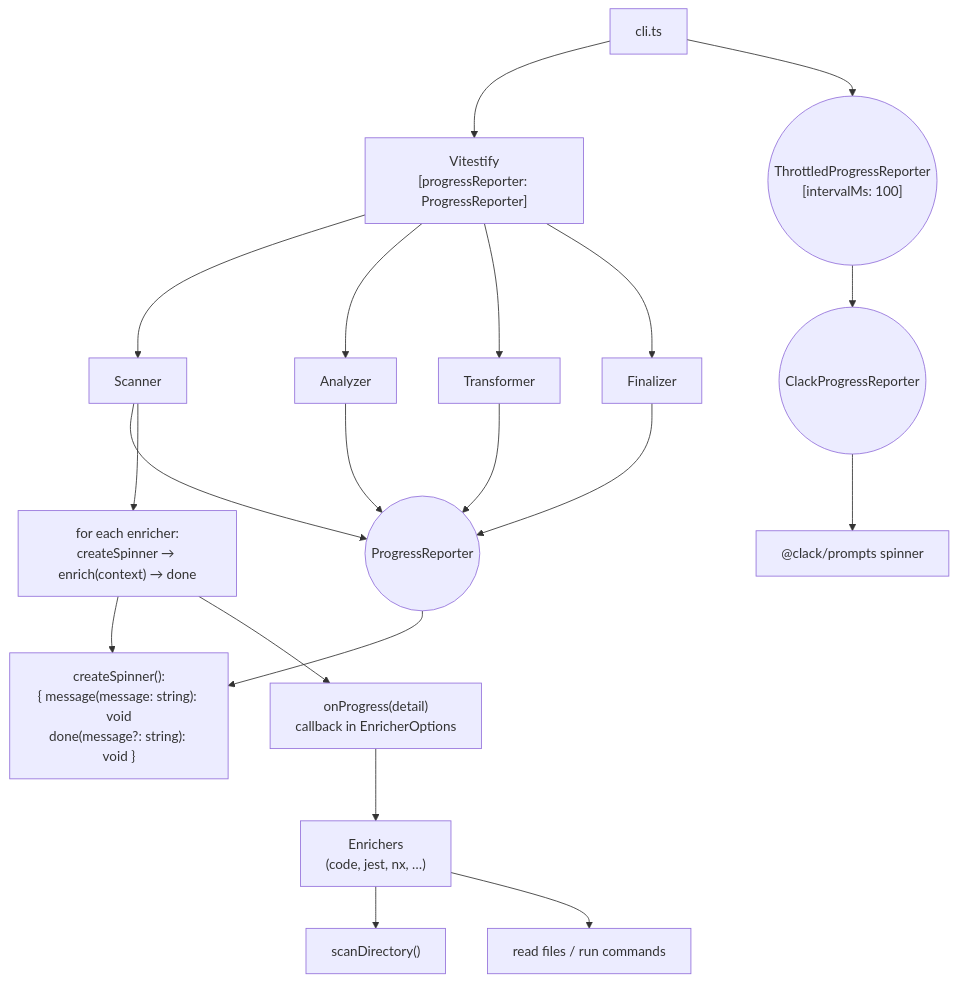
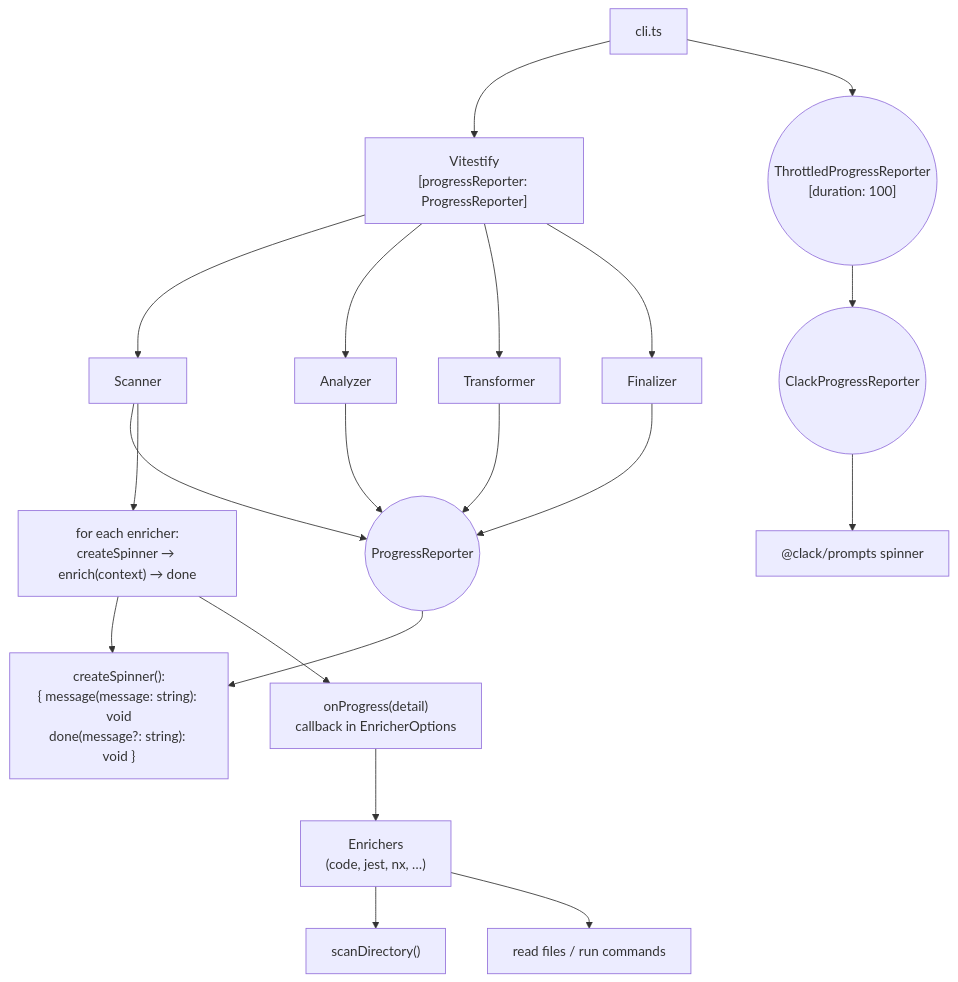
The first of 2 diagrams in design-docs/002-cli-progress-reporting.md (testmex/testmex), drawn with Mermaid before and after one commit. The commit also changed other lines of this file and 3 other files, not shown here.

````diff
--- a/design-docs/002-cli-progress-reporting.md
+++ b/design-docs/002-cli-progress-reporting.md
@@ -113,26 +113,26 @@
 ```mermaid
 flowchart TD
   cli["cli.ts"] --> vitestify["Vitestify<br>[progressReporter: ProgressReporter]"]
   vitestify --> scanner["Scanner"]
   vitestify --> analyzer["Analyzer"]
   vitestify --> transformer["Transformer"]
   vitestify --> finalizer["Finalizer"]
 
-  cli --> throttledReporter(("ThrottledProgressReporter<br>[intervalMs: 100]"))
+  cli --> throttledReporter(("ThrottledProgressReporter<br>[duration: 100]"))
   throttledReporter --> clackReporter(("ClackProgressReporter"))
   clackReporter --> clackSpinner["@clack/prompts spinner"]
 
   scanner --> reporterPort(("ProgressReporter"))
   analyzer --> reporterPort
   transformer --> reporterPort
   finalizer --> reporterPort
 
   reporterPort --> createSpinner["createSpinner():<br>{ message(message: string): void<br>done(message?: string): void }"]
 
   scanner --> enrichLoop["for each enricher:<br>createSpinner → enrich(context) → done"]
   enrichLoop --> createSpinner
   enrichLoop --> onProgress["onProgress(detail)<br>callback in EnricherOptions"]
   onProgress --> enrichers["Enrichers<br>(code, jest, nx, …)"]
   enrichers --> scanDir["scanDirectory()"]
   enrichers --> otherWork["read files / run commands"]
 ```
````
